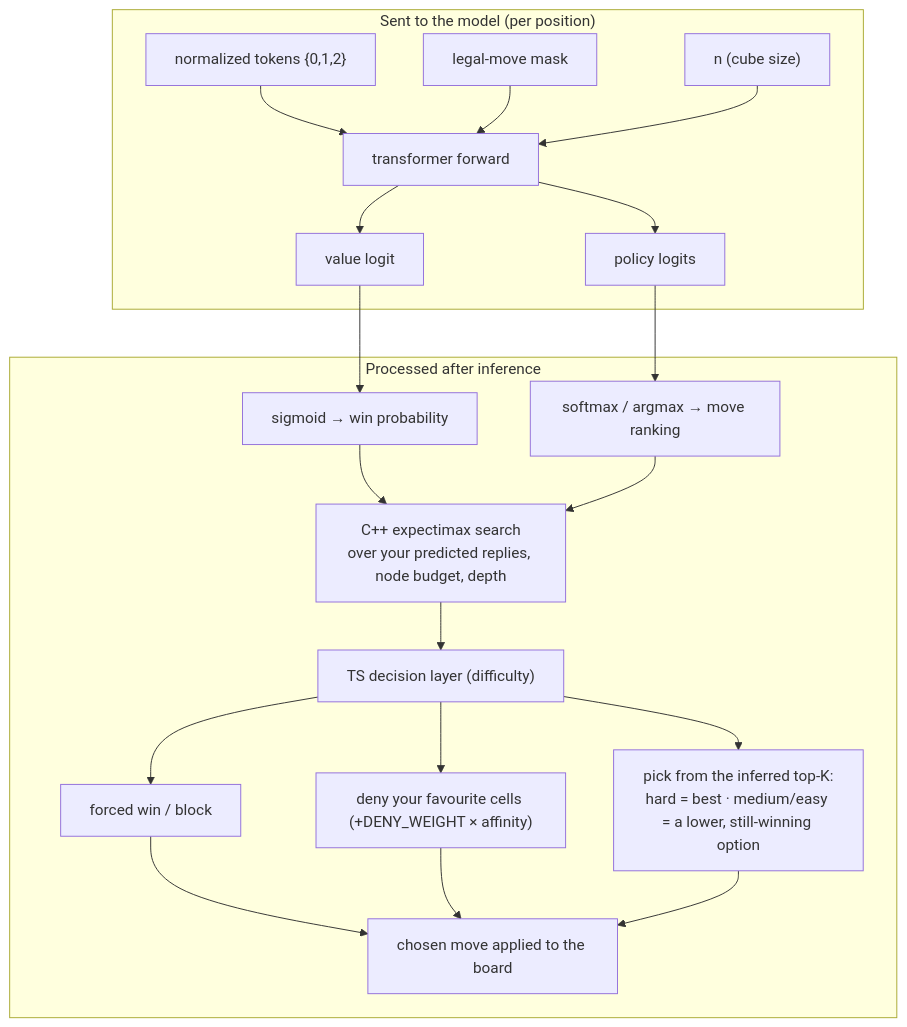
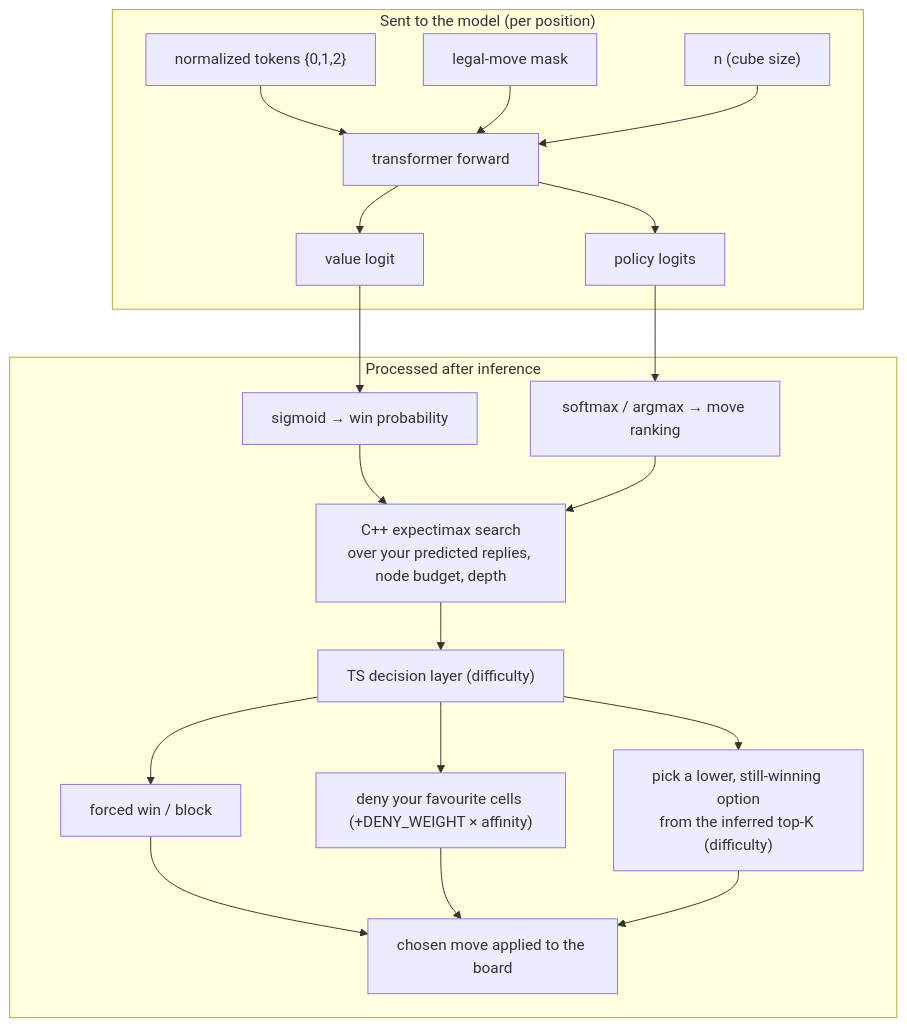
One commit to darkslayer-ns/3d-tiktactoe changed diagram 12 of 12 in README.md. Above: the diagram before and after it, drawn with Mermaid. The commit also changed other lines of this file, not shown here.

First line of the commit message:
docs: compact mermaid labels + Go-solver dataset generation

````diff
--- a/README.md
+++ b/README.md
@@ -512,23 +540,23 @@
 ```mermaid
 flowchart TD
     subgraph SEND["Sent to the model (per position)"]
         A["normalized tokens {0,1,2}"] --> F["transformer forward"]
         B["legal-move mask"] --> F
         C["n (cube size)"] --> F
         F --> V["value logit"]
         F --> PL["policy logits"]
     end
     subgraph POST["Processed after inference"]
         V --> S1["sigmoid → win probability"]
         PL --> S2["softmax / argmax → move ranking"]
         S1 --> S["C++ expectimax search<br/>over your predicted replies, node budget, depth"]
         S2 --> S
         S --> TS["TS decision layer (difficulty)"]
         TS --> W["forced win / block"]
         TS --> D["deny your favourite cells (+DENY_WEIGHT × affinity)"]
-        TS --> K["pick from the inferred top-K:<br/>hard = best · medium/easy = a lower, still-winning option"]
+        TS --> K["pick a lower, still-winning option<br/>from the inferred top-K (difficulty)"]
         W --> MOVE["chosen move applied to the board"]
         D --> MOVE
         K --> MOVE
     end
 ```
````
